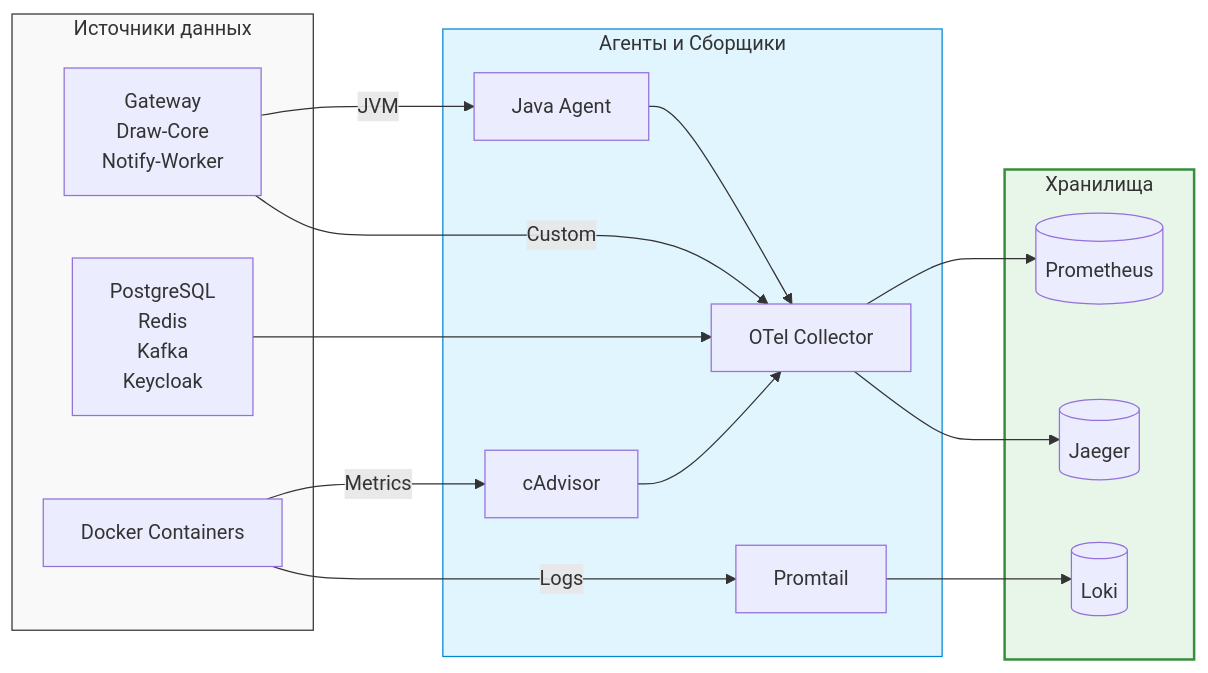
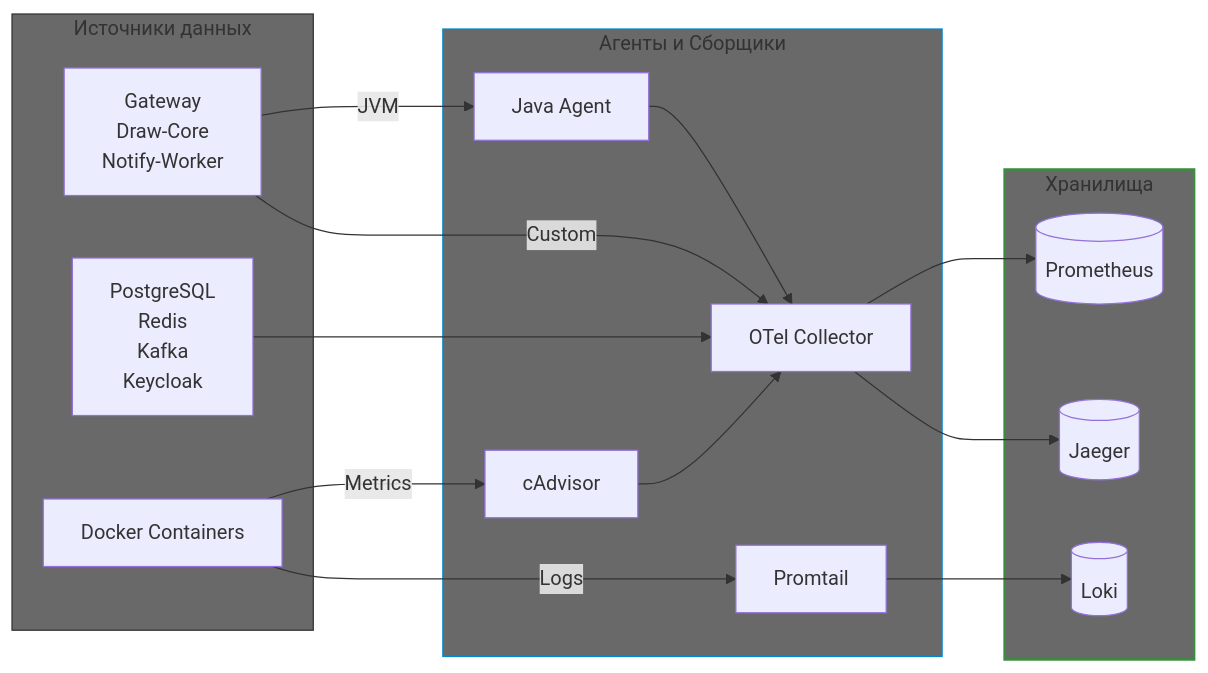
The second of 5 diagrams in docs/architecture.md (veezday/veridraw), drawn with Mermaid before and after one commit.

Commit message:
diagram fix

````diff
--- a/docs/architecture.md
+++ b/docs/architecture.md
@@ -110,38 +110,38 @@
 ```mermaid
 flowchart LR
     subgraph Sources [Источники данных]
         Apps[Gateway\nDraw-Core\nNotify-Worker]
         Infra[PostgreSQL\nRedis\nKafka\nKeycloak]
         Docker[Docker Containers]
     end
 
     subgraph Agents [Агенты и Сборщики]
         JavaAgent[Java Agent]
         Otel[OTel Collector]
         CAdvisor[cAdvisor]
         Promtail[Promtail]
     end
 
     subgraph Storage [Хранилища]
         Prom[(Prometheus)]
         Loki[(Loki)]
         Jaeger[(Jaeger)]
     end
 
     Apps -- JVM --> JavaAgent --> Otel
     Apps -- Custom --> Otel
     Infra --> Otel
     Docker -- Metrics --> CAdvisor --> Otel
     Docker -- Logs --> Promtail
 
     Otel --> Prom
     Otel --> Jaeger
     Promtail --> Loki
     
-    classDef source fill:#f9f9f9,stroke:#333,stroke-width:1px;
-    classDef agent fill:#e1f5fe,stroke:#0288d1,stroke-width:1px;
-    classDef storage fill:#e8f5e9,stroke:#388e3c,stroke-width:2px;
+    classDef source fill:#696969,stroke:#333,stroke-width:1px;
+    classDef agent fill:#696969,stroke:#0288d1,stroke-width:1px;
+    classDef storage fill:#696969,stroke:#388e3c,stroke-width:2px;
     class Sources source;
     class Agents agent;
     class Storage storage;
 ```
````
